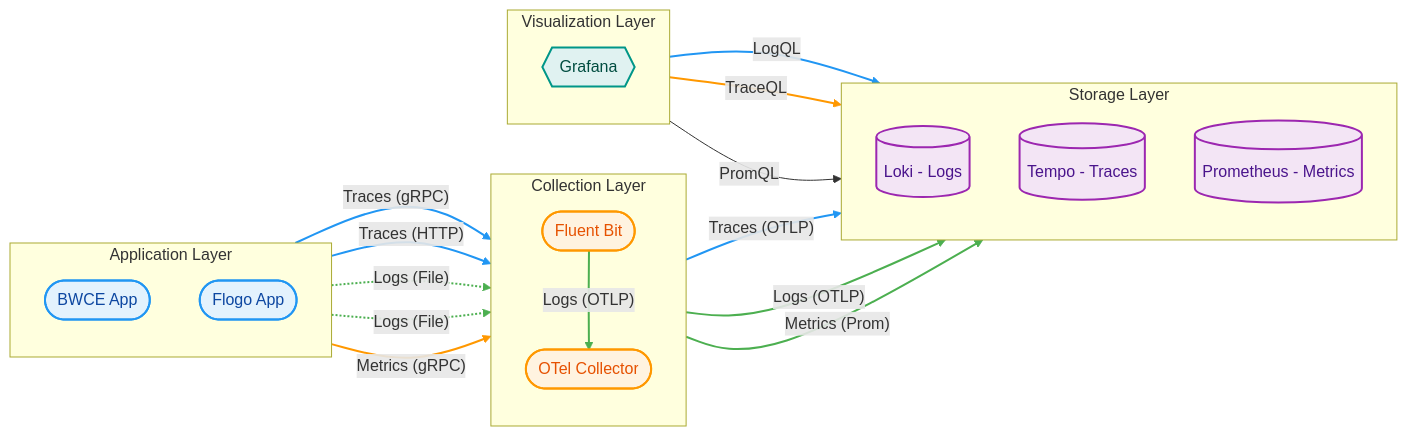
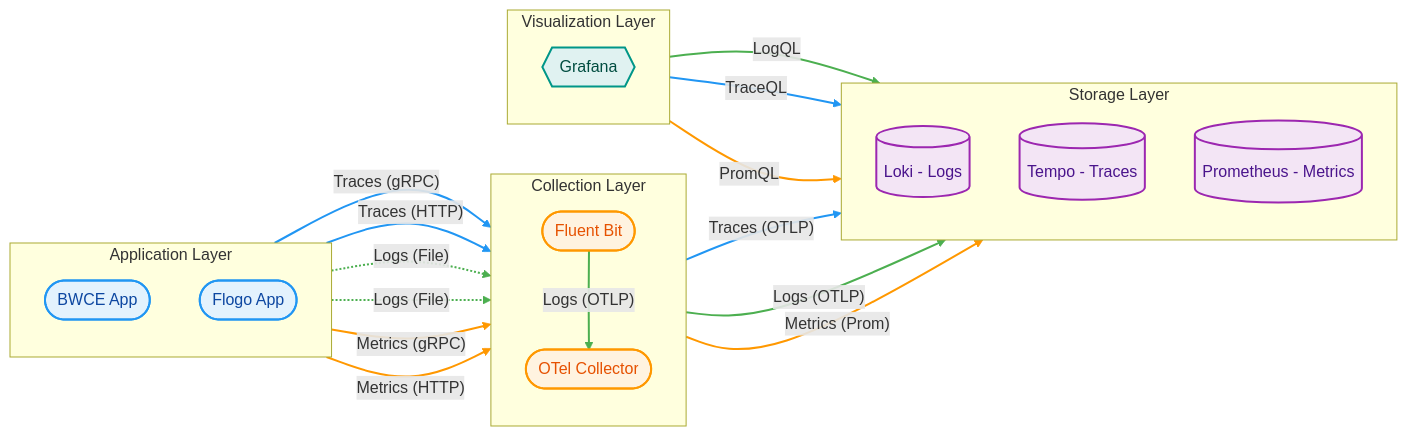
One commit to dmassimi/monitoring changed the diagram in README.md. Above: the diagram before and after it, drawn with Mermaid.

Commit message:
added flogo app to architecture

````diff
--- a/README.md
+++ b/README.md
@@ -44,66 +44,67 @@
 ```mermaid
 graph LR
     %% --- Modern Pastel Styles ---
     classDef app fill:#e3f2fd,stroke:#2196f3,stroke-width:2px,color:#0d47a1
     classDef collector fill:#fff3e0,stroke:#ff9800,stroke-width:2px,color:#e65100
     classDef storage fill:#f3e5f5,stroke:#9c27b0,stroke-width:2px,color:#4a148c
     classDef viz fill:#e0f2f1,stroke:#009688,stroke-width:2px,color:#004d40
 
     %% --- Nodes ---
     subgraph App_Layer [Application Layer]
         direction TB
         BWCE([BWCE App]):::app
         FLOGO([Flogo App]):::app
     end
 
     subgraph Col_Layer [Collection Layer]
         direction TB
         FB([Fluent Bit]):::collector
         OTEL([OTel Collector]):::collector
     end
 
     subgraph Sto_Layer [Storage Layer]
         direction TB
         LOKI[(Loki - Logs)]:::storage
         TEMPO[(Tempo - Traces)]:::storage
         PROM[(Prometheus - Metrics)]:::storage
     end
 
     subgraph Viz_Layer [Visualization Layer]
         direction TB
         GRAFANA{{Grafana}}:::viz
     end
 
     %% --- Links ---
     %% Traces
     BWCE -- "Traces (gRPC)" --> OTEL
     FLOGO -- "Traces (HTTP)" --> OTEL
     
     %% Logs
     BWCE -. "Logs (File)" .-> FB
     FLOGO -. "Logs (File)" .-> FB
     FB -- "Logs (OTLP)" --> OTEL
 
     %% Metrics
     BWCE -- "Metrics (gRPC)" --> OTEL
+    FLOGO -- "Metrics (HTTP)" --> OTEL
     
     %% Exports
     OTEL -- "Traces (OTLP)" --> TEMPO
     OTEL -- "Logs (OTLP)" --> LOKI
     OTEL -- "Metrics (Prom)" --> PROM
     
     %% Queries
     GRAFANA -- "LogQL" --> LOKI
     GRAFANA -- "TraceQL" --> TEMPO
     GRAFANA -- "PromQL" --> PROM
 
     %% --- Link Styling ---
-    %% Traces Blue (Indices 0, 1, 6, 9)
-    linkStyle 0,1,6,9 stroke:#2196f3,stroke-width:2px
+    %% Traces Blue (Indices 0, 1, 7, 11)
+    linkStyle 0,1,7,11 stroke:#2196f3,stroke-width:2px
     
-    %% Logs Green (Indices 2, 3, 4, 7, 8)
-    linkStyle 2,3,4,7,8 stroke:#4caf50,stroke-width:2px
+    %% Logs Green (Indices 2, 3, 4, 8, 10)
+    linkStyle 2,3,4,8,10 stroke:#4caf50,stroke-width:2px
 
-    %% Metrics Orange (Indices 5, 10)
-    linkStyle 5,10 stroke:#ff9800,stroke-width:2px
+    %% Metrics Orange (Indices 5, 6, 9, 12)
+    linkStyle 5,6,9,12 stroke:#ff9800,stroke-width:2px
 ```
````
